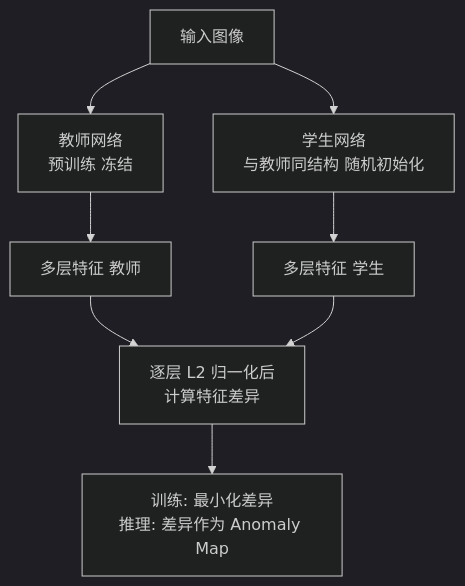
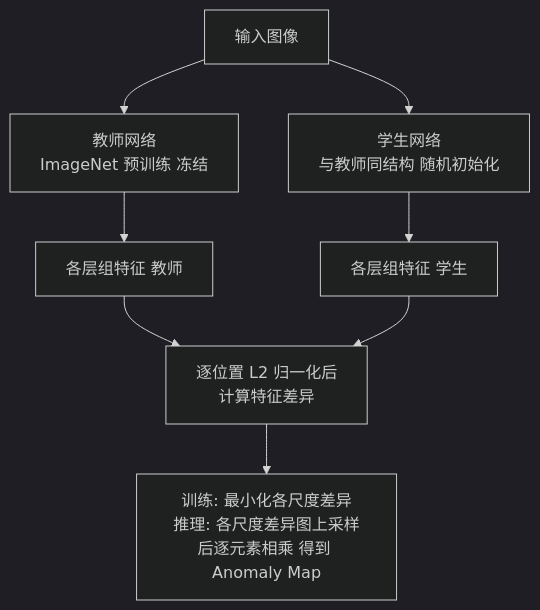
Before and after one commit to junxnone/aiwiki: the diagram in docs/0324_paper_STFPM.md, drawn with Mermaid (dark theme). The commit also changed other lines of this file and 1 other file, not shown here.

````diff
--- a/docs/0324_paper_STFPM.md
+++ b/docs/0324_paper_STFPM.md
@@ -31,10 +36,10 @@
 ```mermaid
 graph TD
-    X["输入图像"] --> T["教师网络<br/>预训练 冻结"]
+    X["输入图像"] --> T["教师网络<br/>ImageNet 预训练 冻结"]
     X --> S["学生网络<br/>与教师同结构 随机初始化"]
-    T --> FT["多层特征 教师"]
-    S --> FS["多层特征 学生"]
-    FT --> L["逐层 L2 归一化后<br/>计算特征差异"]
+    T --> FT["各层组特征 教师"]
+    S --> FS["各层组特征 学生"]
+    FT --> L["逐位置 L2 归一化后<br/>计算特征差异"]
     FS --> L
-    L --> A["训练: 最小化差异<br/>推理: 差异作为 Anomaly Map"]
+    L --> A["训练: 最小化各尺度差异<br/>推理: 各尺度差异图上采样后逐元素相乘 得到 Anomaly Map"]
 ```
````
